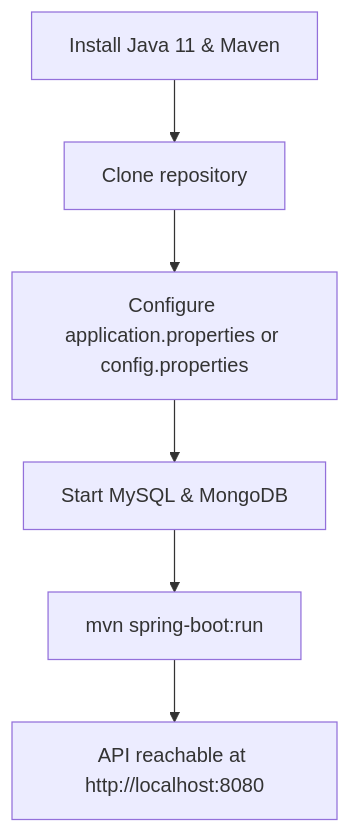
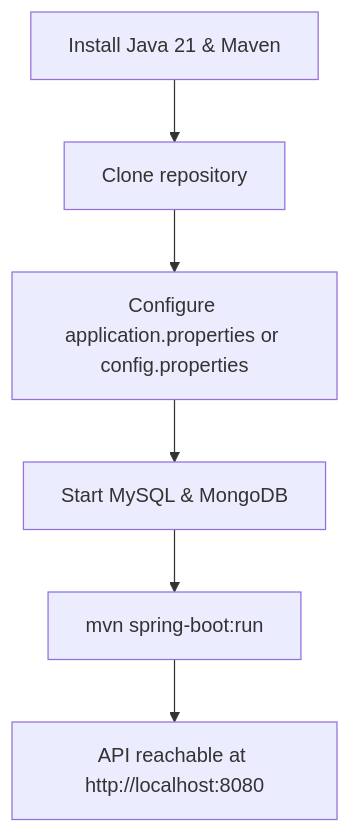
Before and after one commit to toilathuc/Major_Assignment_Testing: the fourth of 8 diagrams in README.md, drawn with Mermaid. The commit also changed other lines of this file and 6 other files, not shown here.

````diff
--- a/README.md
+++ b/README.md
@@ -487,8 +488,8 @@
 ```mermaid
 flowchart TB
-    A[Install Java 11 & Maven] --> B[Clone repository]
+    A[Install Java 21 & Maven] --> B[Clone repository]
     B --> C[Configure application.properties or config.properties]
     C --> D[Start MySQL & MongoDB]
     D --> E[mvn spring-boot:run]
     E --> F[API reachable at http://localhost:8080]
 ```
````
